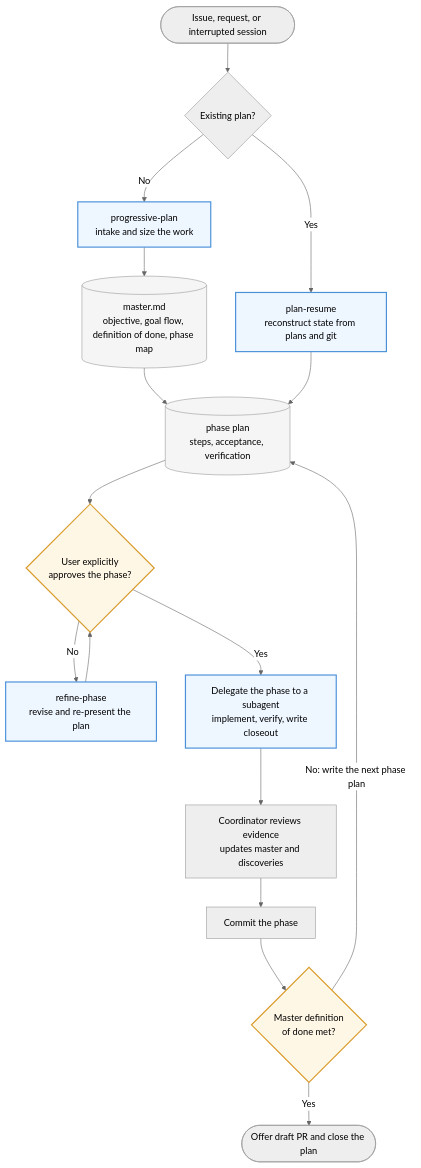
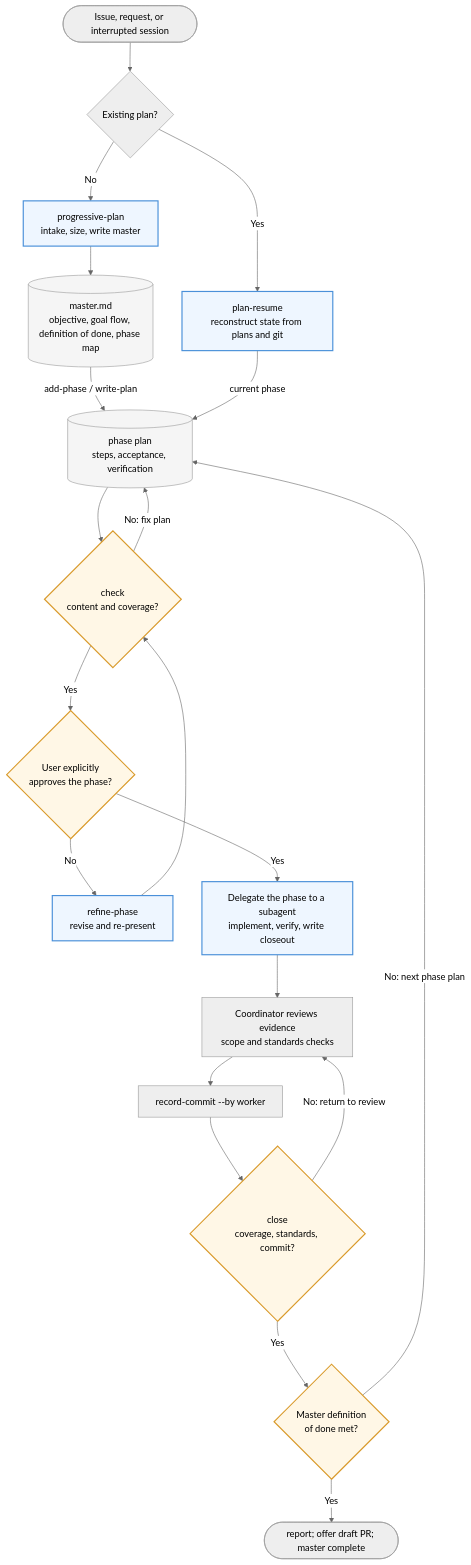
One commit to jorgepvenegas/progressive-plan changed the diagram in README.md. Above: the diagram before and after it, drawn with Mermaid (neutral theme). The commit also changed other lines of this file, not shown here.

Commit message:
Update workflow diagram for validation and close gates

````diff
--- a/README.md
+++ b/README.md
@@ -19,29 +19,33 @@
 ```mermaid
 flowchart TD
     classDef skill fill:#eef6ff,stroke:#4a90d9,stroke-width:2px
     classDef gate fill:#fff7e6,stroke:#d99a2b,stroke-width:2px
     classDef artifact fill:#f5f5f5,stroke:#999
 
     Request([Issue, request, or interrupted session]) --> Existing{Existing plan?}
-    Existing -->|No| Intake["progressive-plan<br/>intake and size the work"]
+    Existing -->|No| Intake["progressive-plan<br/>intake, size, write master"]
     Existing -->|Yes| Resume["plan-resume<br/>reconstruct state from plans and git"]
 
     Intake --> Master[("master.md<br/>objective, goal flow, definition of done, phase map")]
-    Master --> Phase[("phase plan<br/>steps, acceptance, verification")]
-    Resume --> Phase
+    Master -->|add-phase / write-plan| Phase[("phase plan<br/>steps, acceptance, verification")]
+    Resume -->|current phase| Phase
 
-    Phase --> Approve{User explicitly<br/>approves the phase?}
-    Approve -->|No| Refine["refine-phase<br/>revise and re-present the plan"]
-    Refine --> Approve
+    Phase --> Check{"check<br/>content and coverage?"}
+    Check -->|No: fix plan| Phase
+    Check -->|Yes| Approve{User explicitly<br/>approves the phase?}
+    Approve -->|No| Refine["refine-phase<br/>revise and re-present"]
+    Refine --> Check
     Approve -->|Yes| Implement["Delegate the phase to a subagent<br/>implement, verify, write closeout"]
 
-    Implement --> Review["Coordinator reviews evidence<br/>updates master and discoveries"]
-    Review --> Commit[Commit the phase]
-    Commit --> More{Master definition<br/>of done met?}
-    More -->|No: write the next phase plan| Phase
-    More -->|Yes| Finish([Offer draft PR and close the plan])
+    Implement --> Review["Coordinator reviews evidence<br/>scope and standards checks"]
+    Review --> Record["record-commit --by worker"]
+    Record --> Close{"close<br/>coverage, standards, commit?"}
+    Close -->|No: return to review| Review
+    Close -->|Yes| More{Master definition<br/>of done met?}
+    More -->|No: next phase plan| Phase
+    More -->|Yes| Finish(["report; offer draft PR; master complete"])
 
     class Intake,Resume,Refine,Implement skill
-    class Approve,More gate
+    class Check,Approve,Close,More gate
     class Master,Phase artifact
 ```
````
